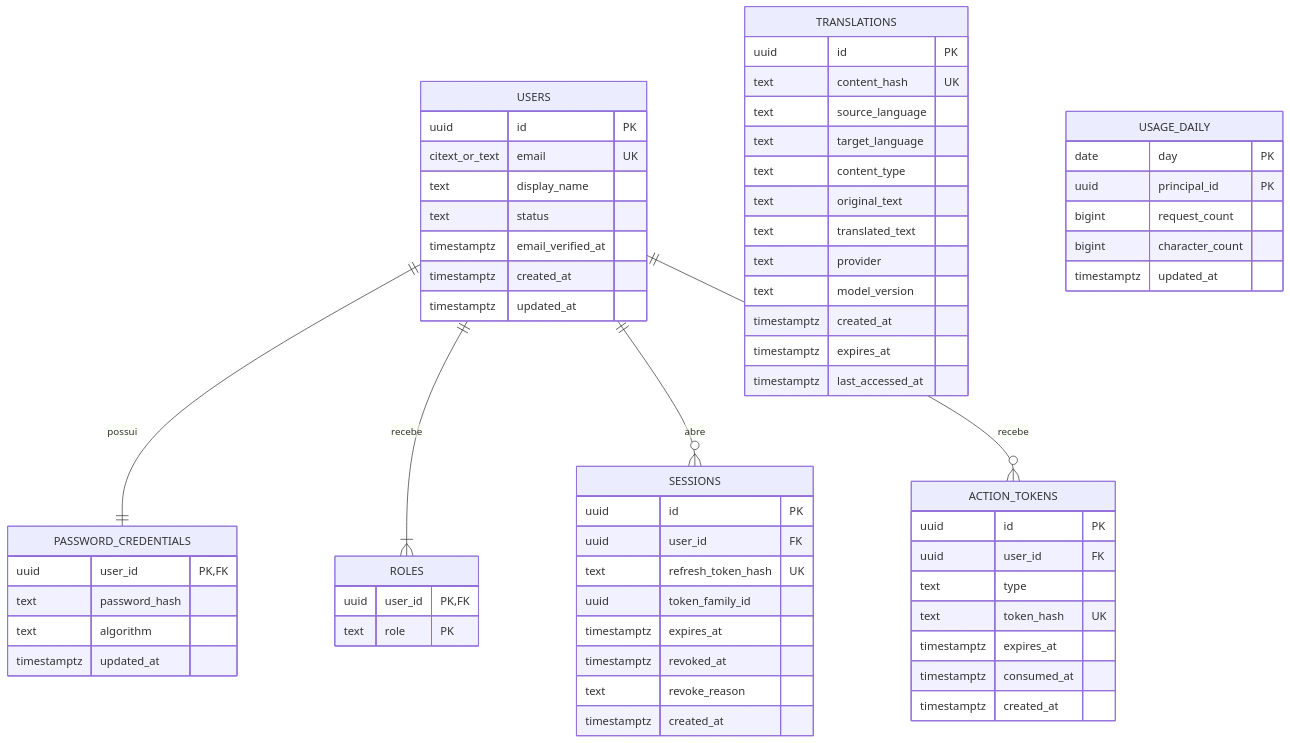
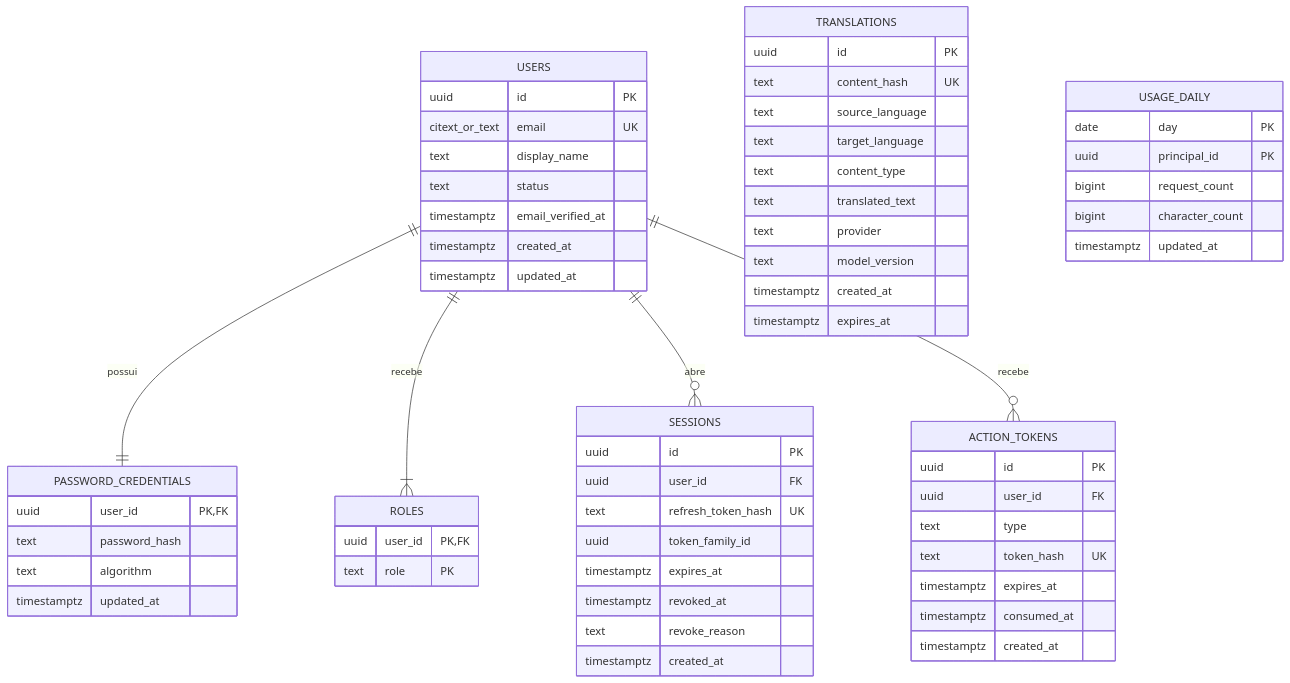
Before and after one commit to Drufontael/mykytadu-api: the sixth of 14 diagrams in docs/modelagem.md, drawn with Mermaid. The commit also changed other lines of this file and 13 other files, not shown here.

````diff
--- a/docs/modelagem.md
+++ b/docs/modelagem.md
@@ -281,67 +281,65 @@
 ```mermaid
 erDiagram
     USERS {
         uuid id PK
         citext_or_text email UK
         text display_name
         text status
         timestamptz email_verified_at
         timestamptz created_at
         timestamptz updated_at
     }
     PASSWORD_CREDENTIALS {
         uuid user_id PK,FK
         text password_hash
         text algorithm
         timestamptz updated_at
     }
     ROLES {
         uuid user_id PK,FK
         text role PK
     }
     SESSIONS {
         uuid id PK
         uuid user_id FK
         text refresh_token_hash UK
         uuid token_family_id
         timestamptz expires_at
         timestamptz revoked_at
         text revoke_reason
         timestamptz created_at
     }
     ACTION_TOKENS {
         uuid id PK
         uuid user_id FK
         text type
         text token_hash UK
         timestamptz expires_at
         timestamptz consumed_at
         timestamptz created_at
     }
     TRANSLATIONS {
         uuid id PK
         text content_hash UK
         text source_language
         text target_language
         text content_type
-        text original_text
         text translated_text
         text provider
         text model_version
         timestamptz created_at
         timestamptz expires_at
-        timestamptz last_accessed_at
     }
     USAGE_DAILY {
         date day PK
         uuid principal_id PK
         bigint request_count
         bigint character_count
         timestamptz updated_at
     }
 
     USERS ||--|| PASSWORD_CREDENTIALS : possui
     USERS ||--|{ ROLES : recebe
     USERS ||--o{ SESSIONS : abre
     USERS ||--o{ ACTION_TOKENS : recebe
 ```
````
